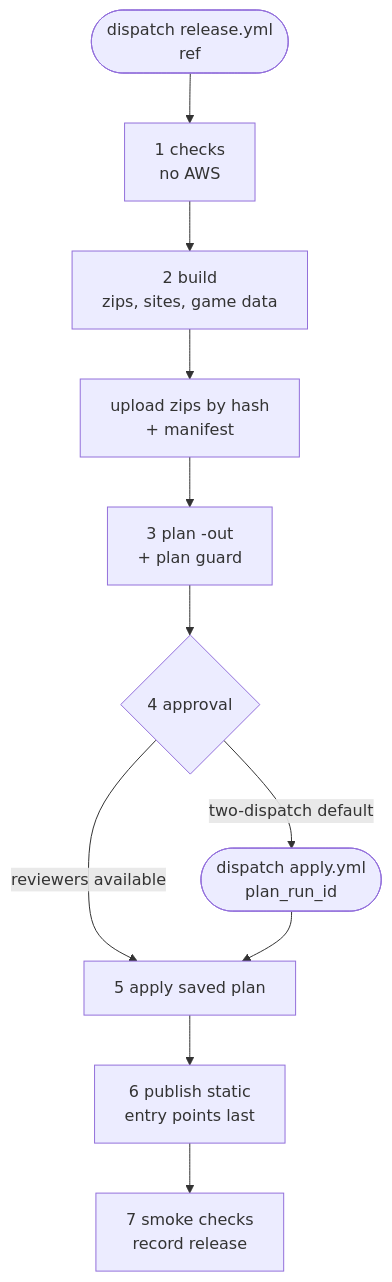
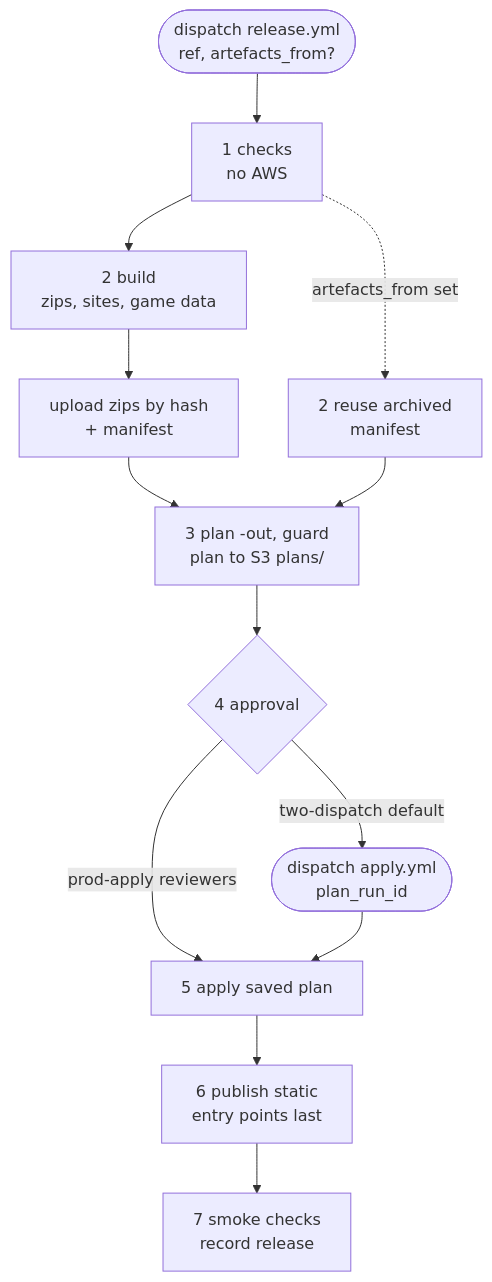
The second of 3 diagrams in docs/plan/H-infrastructure-and-delivery.md (jacklavelle286/space-tower-defence), drawn with Mermaid before and after one commit. The commit also changed other lines of this file and 19 other files, not shown here.

````diff
--- a/docs/plan/H-infrastructure-and-delivery.md
+++ b/docs/plan/H-infrastructure-and-delivery.md
@@ -460,13 +500,15 @@
 ```mermaid
 flowchart TD
-  D1([dispatch release.yml<br/>ref]) --> C[1 checks<br/>no AWS]
+  D1([dispatch release.yml<br/>ref, artefacts_from?]) --> C[1 checks<br/>no AWS]
   C --> B[2 build<br/>zips, sites, game data]
+  C -.->|artefacts_from set| M[2 reuse archived<br/>manifest]
   B --> U[upload zips by hash<br/>+ manifest]
-  U --> P[3 plan -out<br/>+ plan guard]
+  U --> P[3 plan -out, guard<br/>plan to S3 plans/]
+  M --> P
   P --> R{4 approval}
   R -->|two-dispatch default| D2([dispatch apply.yml<br/>plan_run_id])
-  R -->|reviewers available| A
+  R -->|prod-apply reviewers| A
   D2 --> A[5 apply saved plan]
   A --> S[6 publish static<br/>entry points last]
   S --> K[7 smoke checks<br/>record release]
 ```
````
